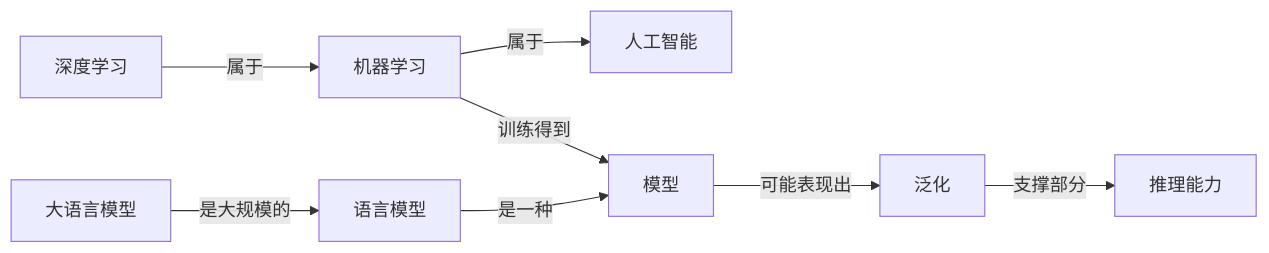
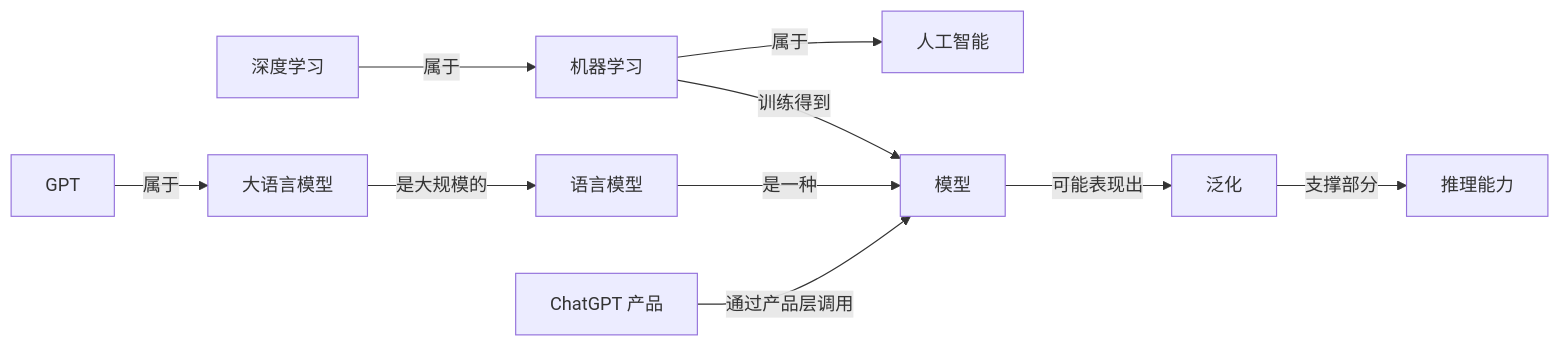
One commit to z-Zihan/LLM-101 changed the first of 9 diagrams in 知识网络.md. Above: the diagram before and after it, drawn with Mermaid. The commit also changed other lines of this file and 9 other files, not shown here.

Commit message:
docs: rewrite llm product and parameter foundations

````diff
--- a/知识网络.md
+++ b/知识网络.md
@@ -61,18 +63,22 @@
 ```mermaid
 flowchart LR
     n_ai["人工智能"]
     n_machine_learning["机器学习"]
     n_deep_learning["深度学习"]
     n_model["模型"]
     n_language_model["语言模型"]
     n_llm["大语言模型"]
+    n_gpt["GPT"]
+    n_chatgpt_product["ChatGPT 产品"]
     n_generalization["泛化"]
     n_reasoning["推理能力"]
     n_machine_learning -->|"属于"| n_ai
     n_deep_learning -->|"属于"| n_machine_learning
     n_machine_learning -->|"训练得到"| n_model
     n_language_model -->|"是一种"| n_model
     n_llm -->|"是大规模的"| n_language_model
+    n_gpt -->|"属于"| n_llm
+    n_chatgpt_product -->|"通过产品层调用"| n_model
     n_model -->|"可能表现出"| n_generalization
     n_generalization -->|"支撑部分"| n_reasoning
 ```
````
